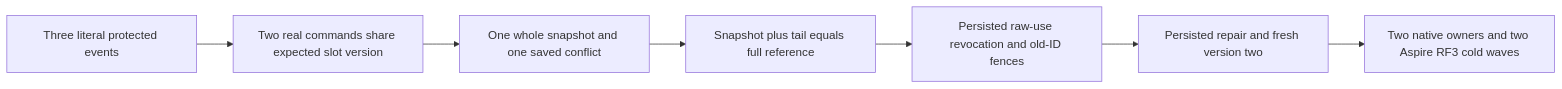
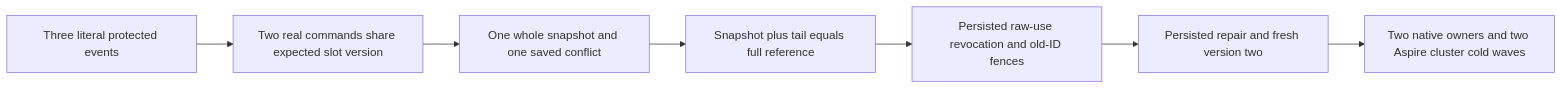
One commit to managedcode/KeyLoad changed the diagram in docs/Features/EventStreams/ConcurrentAggregateSnapshotOwnership.md. Above: the diagram before and after it, drawn with Mermaid. The commit also changed other lines of this file and 7356 other files, not shown here.

````diff
--- a/docs/Features/EventStreams/ConcurrentAggregateSnapshotOwnership.md
+++ b/docs/Features/EventStreams/ConcurrentAggregateSnapshotOwnership.md
@@ -27,9 +27,9 @@
 ```mermaid
 flowchart LR
     Seed[Three literal protected events] --> Race[Two real commands share expected slot version]
     Race --> Winner[One whole snapshot and one saved conflict]
     Winner --> Replay[Snapshot plus tail equals full reference]
     Replay --> Deny[Persisted raw-use revocation and old-ID fences]
     Deny --> Repair[Persisted repair and fresh version two]
-    Repair --> Cold[Two native owners and two Aspire RF3 cold waves]
+    Repair --> Cold[Two native owners and two Aspire cluster cold waves]
 ```
````
